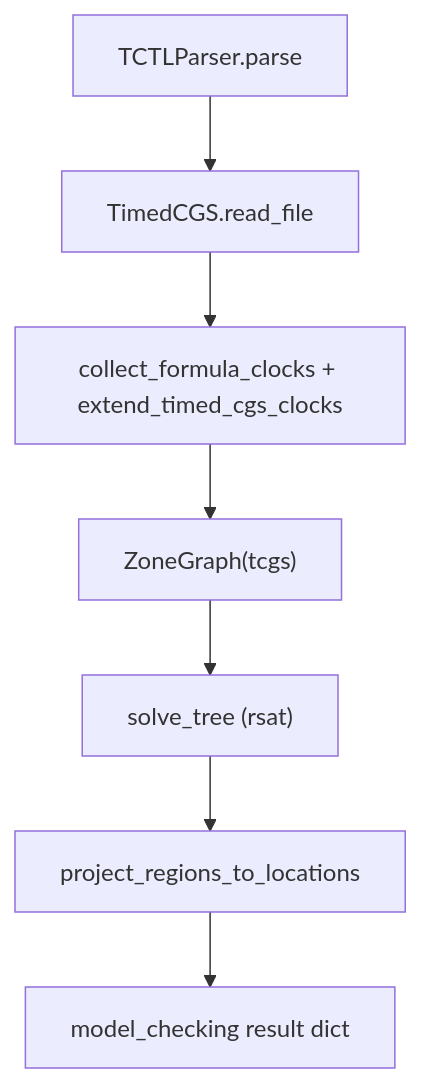
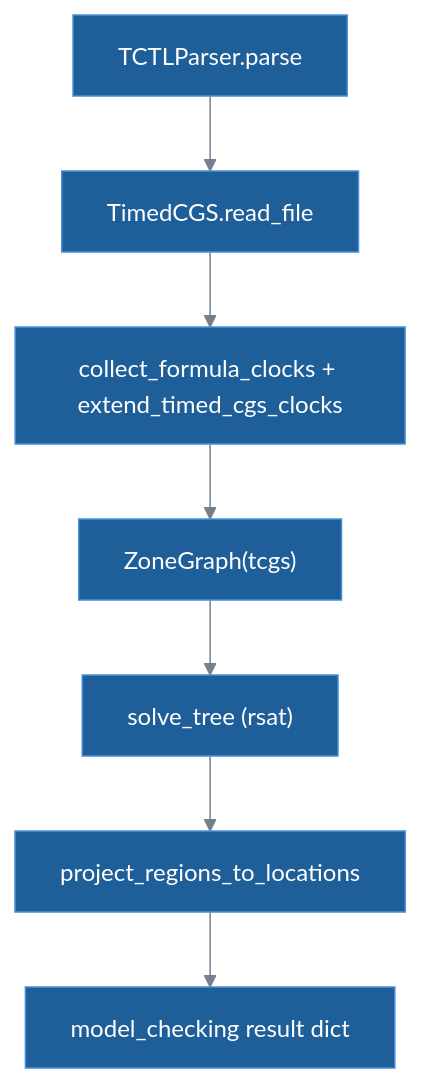
Before and after one commit to VITAMIN-organisation/vitamin-model-checker: the diagram in docs/TCTL/algorithm.md, drawn with Mermaid. The commit also changed other lines of this file and 20 other files, not shown here.

````diff
--- a/docs/TCTL/algorithm.md
+++ b/docs/TCTL/algorithm.md
@@ -122,12 +127,13 @@
 ```mermaid
-flowchart TD
+%%{init: {"theme": "base", "themeVariables": {"primaryColor": "#1f5f99", "primaryTextColor": "#ffffff", "primaryBorderColor": "#4a90d9", "lineColor": "#75808f", "tertiaryTextColor": "#75808f", "titleColor": "#75808f", "clusterBkg": "transparent", "clusterBorder": "#75808f", "edgeLabelBackground": "transparent"}}}%%
+flowchart TB
     parse["TCTLParser.parse"]
     load["TimedCGS.read_file"]
     clocks["collect_formula_clocks + extend_timed_cgs_clocks"]
     zones["ZoneGraph(tcgs)"]
     solve["solve_tree (rsat)"]
     project["project_regions_to_locations"]
     result["model_checking result dict"]
 
     parse --> load --> clocks --> zones --> solve --> project --> result
 ```
````
